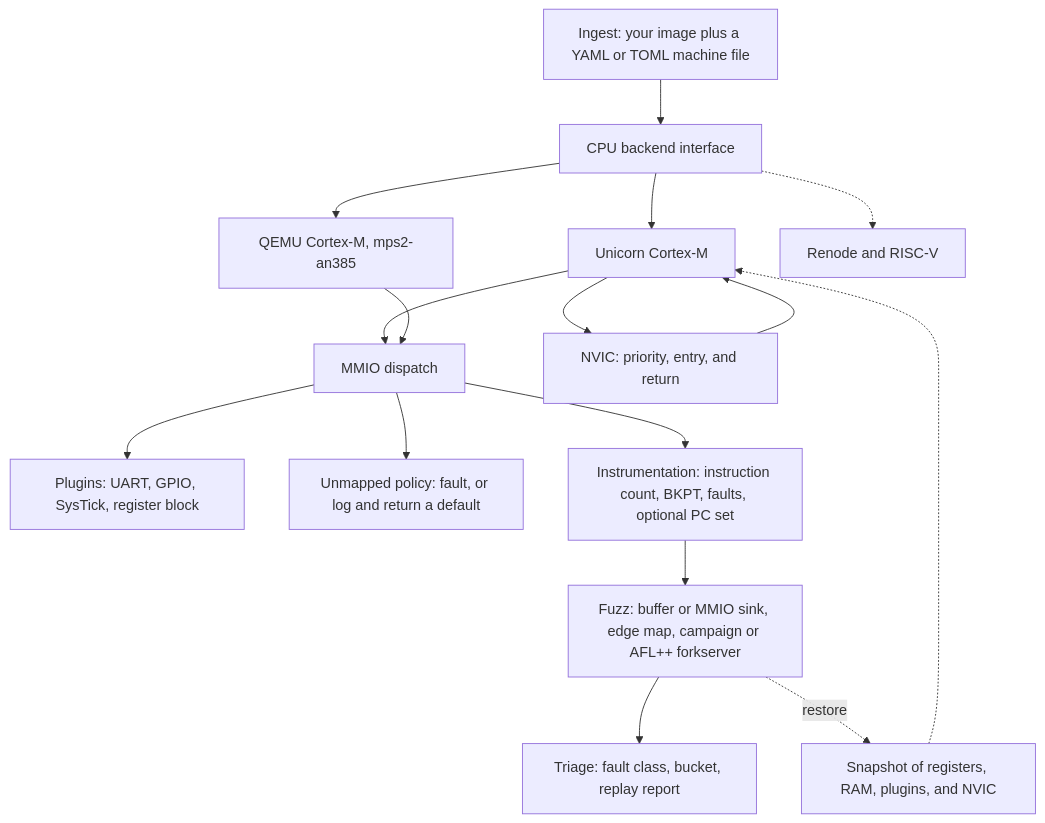
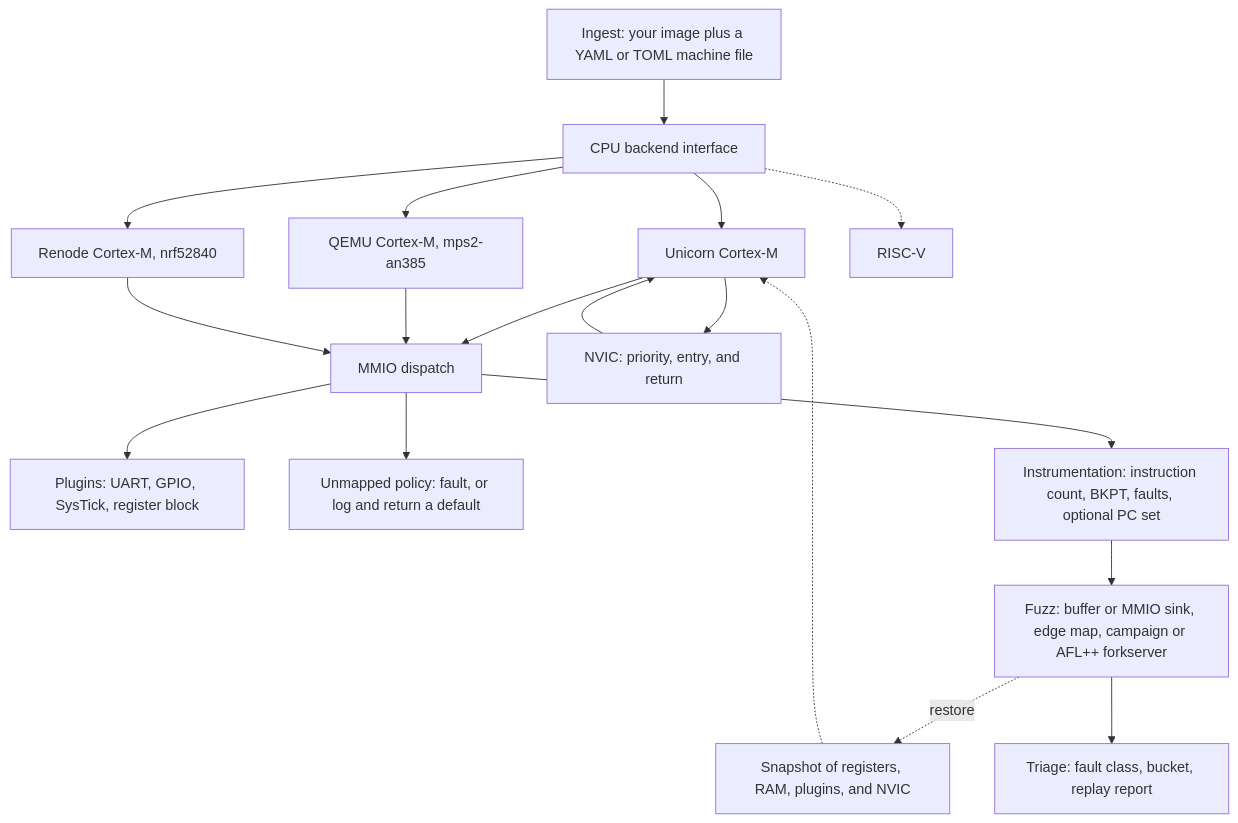
The diagram in README.md (c0re-i5/jig), drawn with Mermaid before and after one commit. The commit also changed other lines of this file and 8 other files, not shown here.

First line of the commit message:
Add a Renode Cortex-M backend on CpuBackend (#14)

````diff
--- a/README.md
+++ b/README.md
@@ -61,32 +61,35 @@
 ```mermaid
 flowchart TD
   ingest["Ingest: your image plus a YAML or TOML machine file"]
   cpu["CPU backend interface"]
   uni["Unicorn Cortex-M"]
   qemu["QEMU Cortex-M, mps2-an385"]
-  later["Renode and RISC-V"]
+  renode["Renode Cortex-M, nrf52840"]
+  later["RISC-V"]
   mmio["MMIO dispatch"]
   plugs["Plugins: UART, GPIO, SysTick, register block"]
   unmapped["Unmapped policy: fault, or log and return a default"]
   inst["Instrumentation: instruction count, BKPT, faults, optional PC set"]
   fuzz["Fuzz: buffer or MMIO sink, edge map, campaign or AFL++ forkserver"]
   nvic["NVIC: priority, entry, and return"]
   snap["Snapshot of registers, RAM, plugins, and NVIC"]
   triage["Triage: fault class, bucket, replay report"]
 
   ingest --> cpu
   cpu --> uni
   cpu --> qemu
+  cpu --> renode
   cpu -.-> later
   uni --> nvic
   nvic --> uni
   uni --> mmio
   qemu --> mmio
+  renode --> mmio
   mmio --> plugs
   mmio --> unmapped
   mmio --> inst
   inst --> fuzz
   fuzz --> triage
   fuzz -.->|restore| snap
   snap -.-> uni
 ```
````
